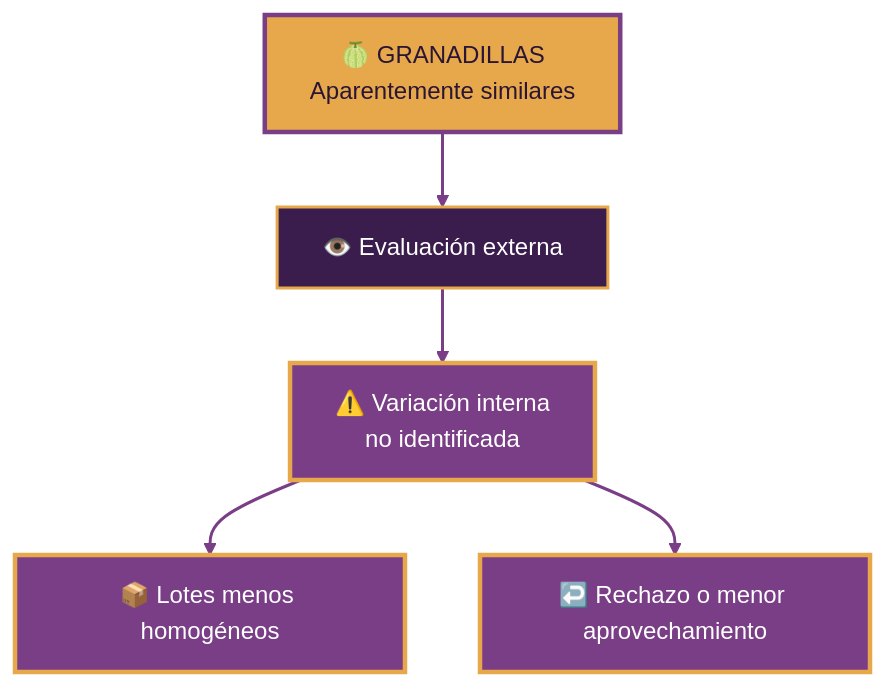
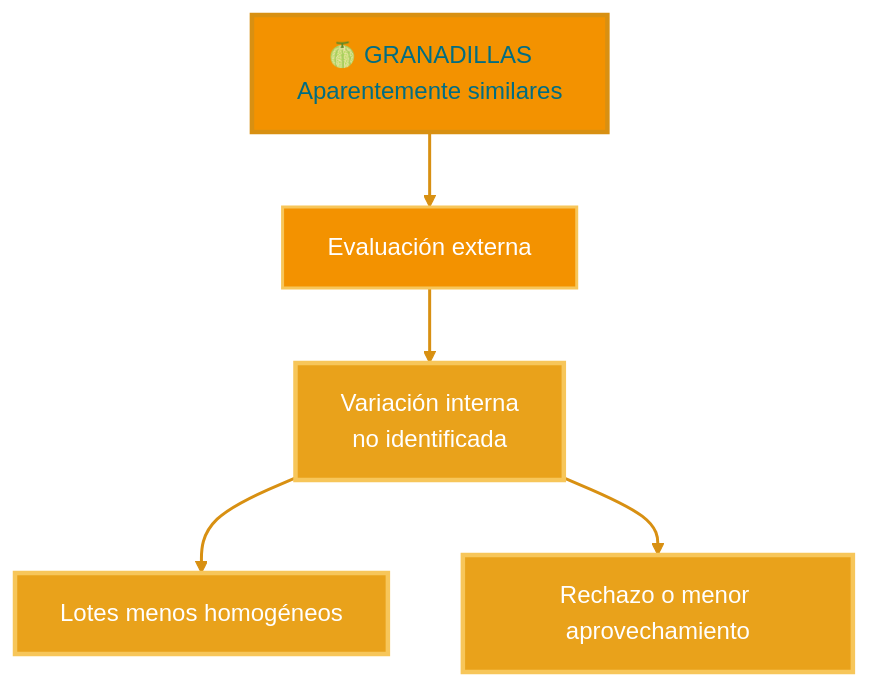
The second of 5 diagrams in README.md (Cesarapcho/PI_Equipo_03), drawn with Mermaid (base theme) before and after one commit. The commit also changed other lines of this file, not shown here.

````diff
--- a/README.md
+++ b/README.md
@@ -206,20 +194,20 @@
-```mermaid
+``` mermaid
 flowchart TB
     G["🍈 GRANADILLAS<br/>Aparentemente similares"]:::fruit
 
-    C1["👁️ Evaluación externa"]:::process
-    C2["⚠️ Variación interna<br/>no identificada"]:::alert
-    C3["📦 Lotes menos homogéneos"]:::alert
-    C4["↩️ Rechazo o menor aprovechamiento"]:::alert
+    C1["Evaluación externa"]:::process
+    C2["Variación interna<br/>no identificada"]:::alert
+    C3["Lotes menos homogéneos"]:::alert
+    C4["Rechazo o menor aprovechamiento"]:::alert
 
     G --> C1
     C1 --> C2
     C2 --> C3
     C2 --> C4
 
-    classDef fruit fill:#E6A84A,color:#2A1535,stroke:#7A3E87,stroke-width:3px;
-    classDef process fill:#3A1C4D,color:#FFFFFF,stroke:#E6A84A,stroke-width:2px;
-    classDef alert fill:#7A3E87,color:#FFFFFF,stroke:#E6A84A,stroke-width:3px;
+    classDef fruit fill:#F39200,color:#006D82,stroke:#D89012,stroke-width:3px;
+    classDef process fill:#F39200,color:#FFFFFF,stroke:#F7C65A,stroke-width:2px;
+    classDef alert fill:#E9A21B,color:#FFFFFF,stroke:#F7C65A,stroke-width:3px;
 
-    linkStyle default stroke:#7A3E87,stroke-width:2px;
+    linkStyle default stroke:#D89012,stroke-width:2px;
 ```
````
